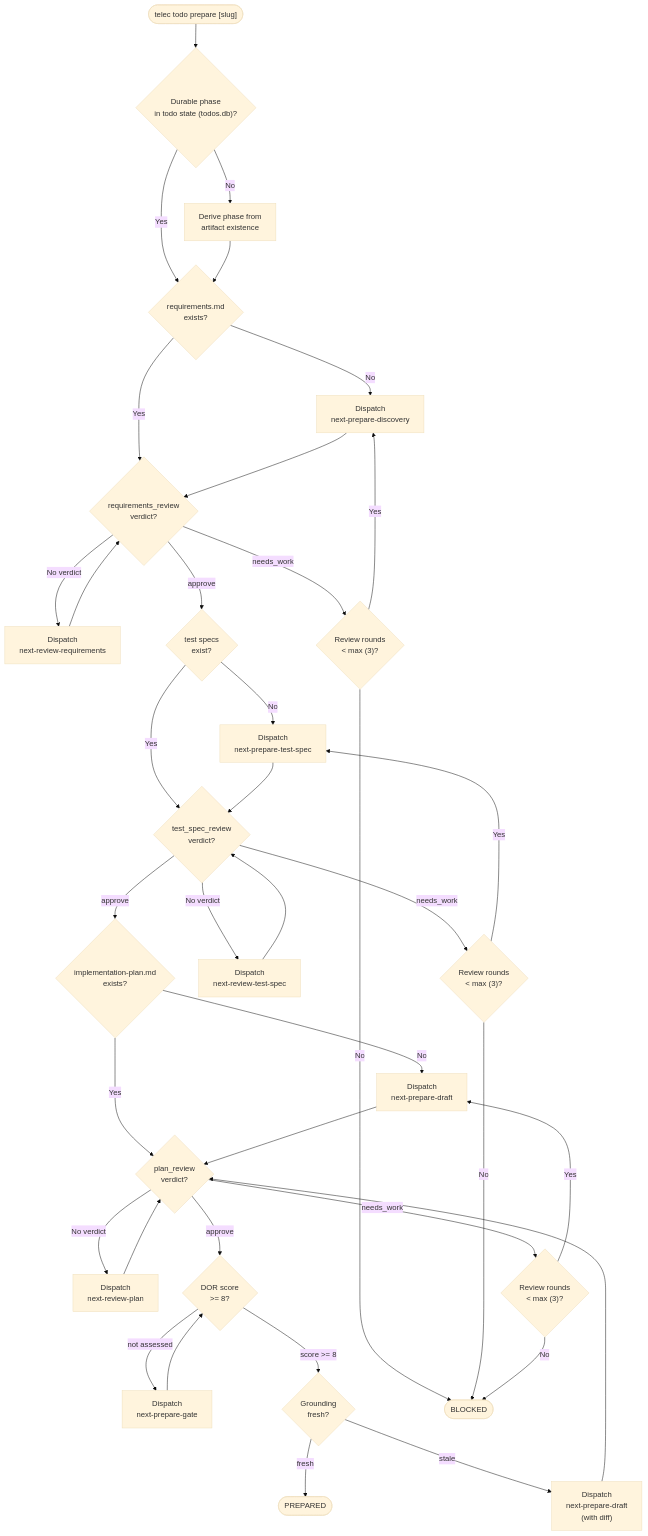
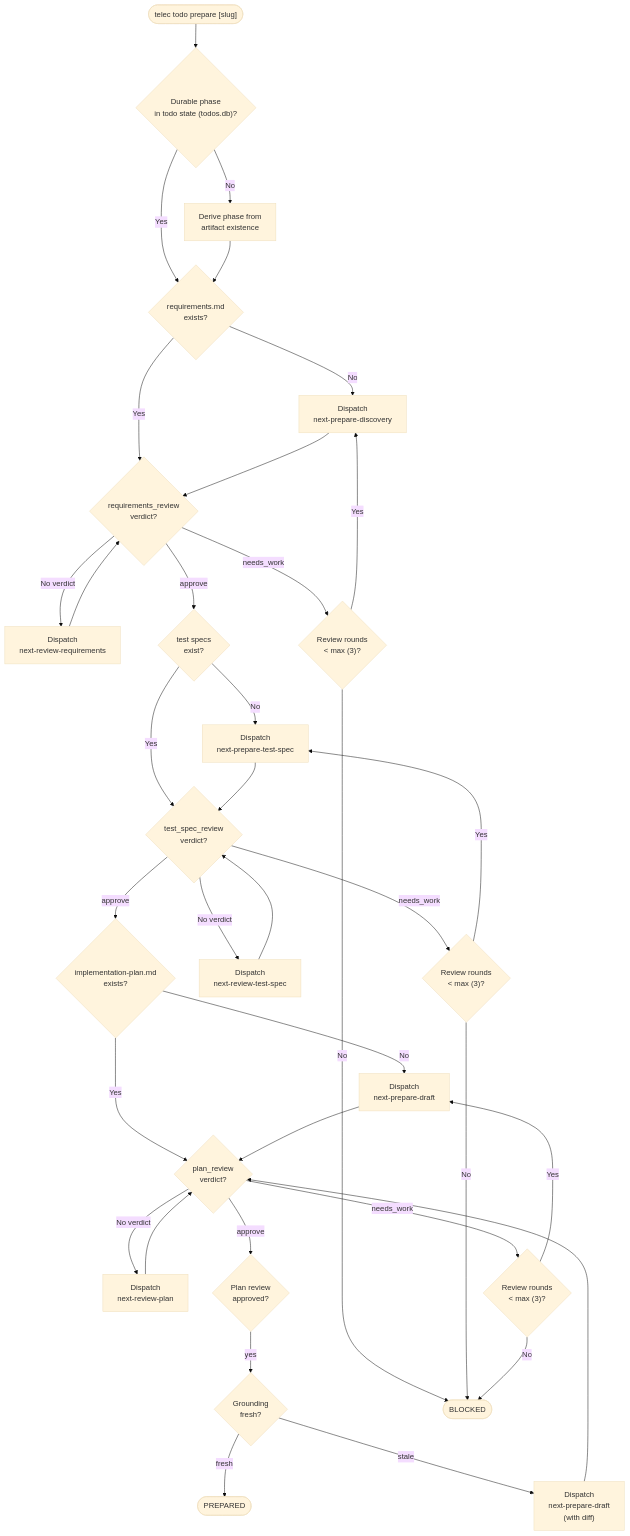
The second of 4 diagrams in docs/project/design/architecture/prepare-state-machine.md (InstruktAI/TeleClaude), drawn with Mermaid (base theme) before and after one commit. The commit also changed other lines of this file and 34 other files, not shown here.

```diff
--- a/docs/project/design/architecture/prepare-state-machine.md
+++ b/docs/project/design/architecture/prepare-state-machine.md
@@ -155,8 +151,7 @@
     DispatchPlanReview["Dispatch<br/>next-review-plan"]
     CheckRounds2{"Review rounds<br/>< max (3)?"}
 
-    Gate{"DOR score<br/>>= 8?"}
-    DispatchGate["Dispatch<br/>next-prepare-gate"]
+    Gate{"Plan review<br/>approved?"}
 
     GroundingCheck{"Grounding<br/>fresh?"}
     ReGround["Dispatch<br/>next-prepare-draft<br/>(with diff)"]
@@ -208,9 +203,7 @@
     CheckRounds2 -->|"Yes"| DispatchDraft
     CheckRounds2 -->|"No"| Blocked
 
-    Gate -->|"score >= 8"| GroundingCheck
-    Gate -->|"not assessed"| DispatchGate
-    DispatchGate --> Gate
+    Gate -->|"yes"| GroundingCheck
 
     GroundingCheck -->|"fresh"| Prepared
     GroundingCheck -->|"stale"| ReGround
```
